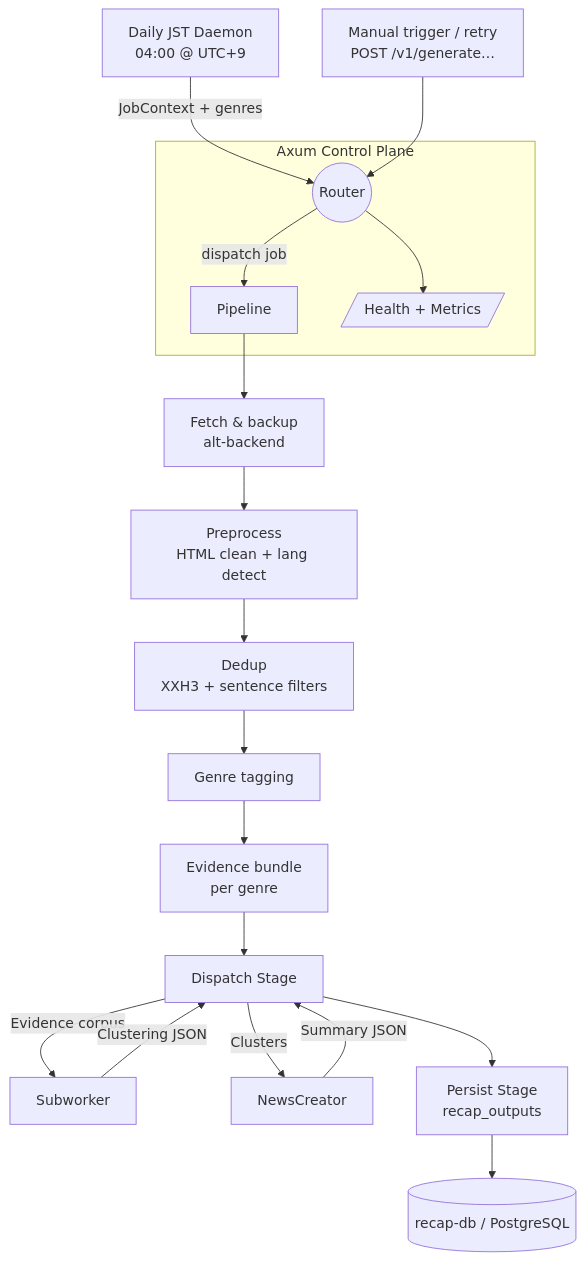
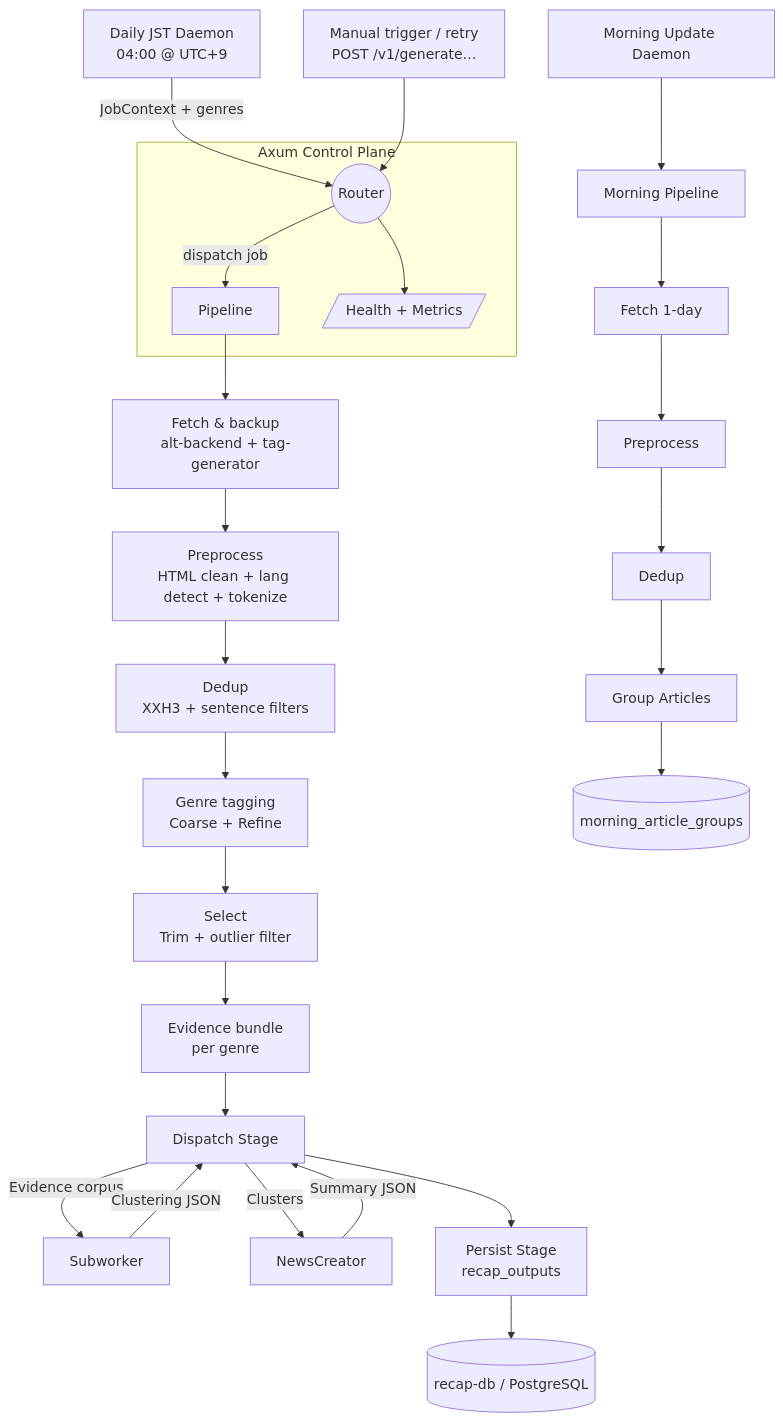
One commit to Kaikei-e/Alt changed the diagram in recap-worker/README.md. Above: the diagram before and after it, drawn with Mermaid. The commit also changed other lines of this file and 1 other file, not shown here.

First line of the commit message:
feat: Revise Recap Worker documentation and enhance classification pipeline

````diff
--- a/recap-worker/README.md
+++ b/recap-worker/README.md
@@ -13,22 +15,29 @@
 ```mermaid
 flowchart TD
     Scheduler[Daily JST Daemon<br/>04:00 @ UTC+9] -->|JobContext + genres| API
     Admin[Manual trigger / retry<br/>POST /v1/generate…] --> API
     subgraph Axum Control Plane
         API((Router)) -->|dispatch job| Pipeline
         API --> Health[/Health + Metrics/]
     end
-    Pipeline --> FetchStage[Fetch & backup<br/>alt-backend]
-    FetchStage --> PreStage[Preprocess<br/>HTML clean + lang detect]
+    Pipeline --> FetchStage[Fetch & backup<br/>alt-backend + tag-generator]
+    FetchStage --> PreStage[Preprocess<br/>HTML clean + lang detect + tokenize]
     PreStage --> DedupStage[Dedup<br/>XXH3 + sentence filters]
-    DedupStage --> GenreStage[Genre tagging]
-    GenreStage --> Evidence[Evidence bundle
-per genre]
+    DedupStage --> GenreStage[Genre tagging<br/>Coarse + Refine]
+    GenreStage --> SelectStage[Select<br/>Trim + outlier filter]
+    SelectStage --> Evidence[Evidence bundle<br/>per genre]
     Evidence --> Dispatch[Dispatch Stage]
     Dispatch -->|Evidence corpus| Subworker
     Dispatch -->|Clusters| NewsCreator
     Subworker -->|Clustering JSON| Dispatch
     NewsCreator -->|Summary JSON| Dispatch
     Dispatch --> Persist[Persist Stage<br/>recap_outputs]
     Persist --> RecapDB[(recap-db / PostgreSQL)]
+
+    MorningScheduler[Morning Update Daemon] --> MorningPipeline[Morning Pipeline]
+    MorningPipeline --> MorningFetch[Fetch 1-day]
+    MorningFetch --> MorningPre[Preprocess]
+    MorningPre --> MorningDedup[Dedup]
+    MorningDedup --> MorningGroup[Group Articles]
+    MorningGroup --> MorningDB[(morning_article_groups)]
 ```
````
